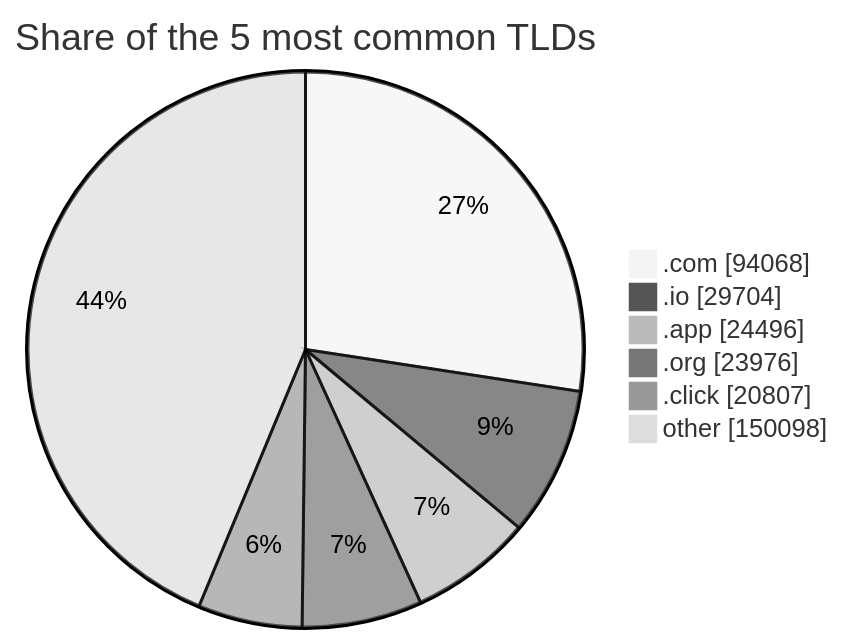
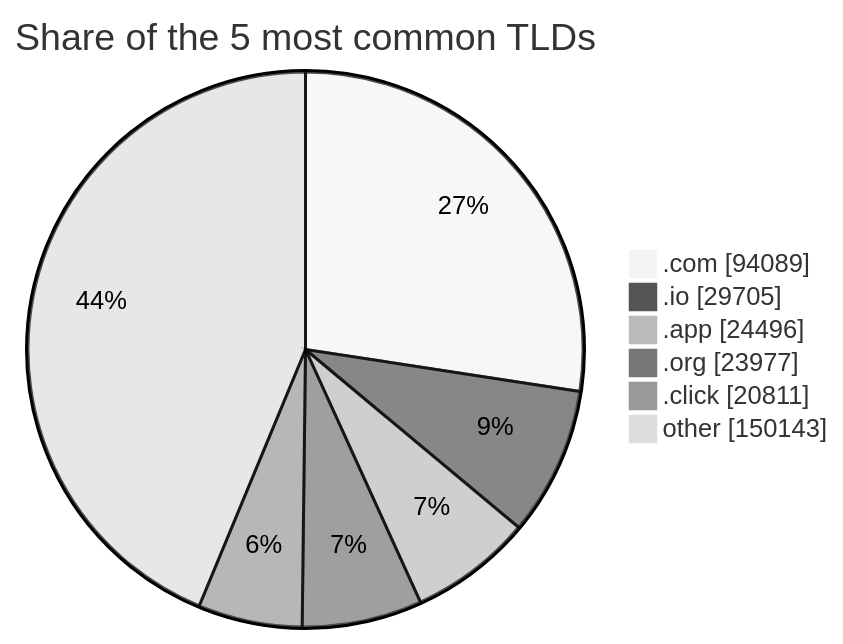
The third of 3 diagrams in README.md (DNSBunker/CTI), drawn with Mermaid (neutral theme) before and after one commit. The commit also changed other lines of this file and 3 other files, not shown here.

````diff
--- a/README.md
+++ b/README.md
@@ -81,9 +81,9 @@
 ```mermaid
 pie showData title Share of the 5 most common TLDs
-    ".com" : 94068
-    ".io" : 29704
+    ".com" : 94089
+    ".io" : 29705
     ".app" : 24496
-    ".org" : 23976
-    ".click" : 20807
-    "other" : 150098
+    ".org" : 23977
+    ".click" : 20811
+    "other" : 150143
 ```
````
